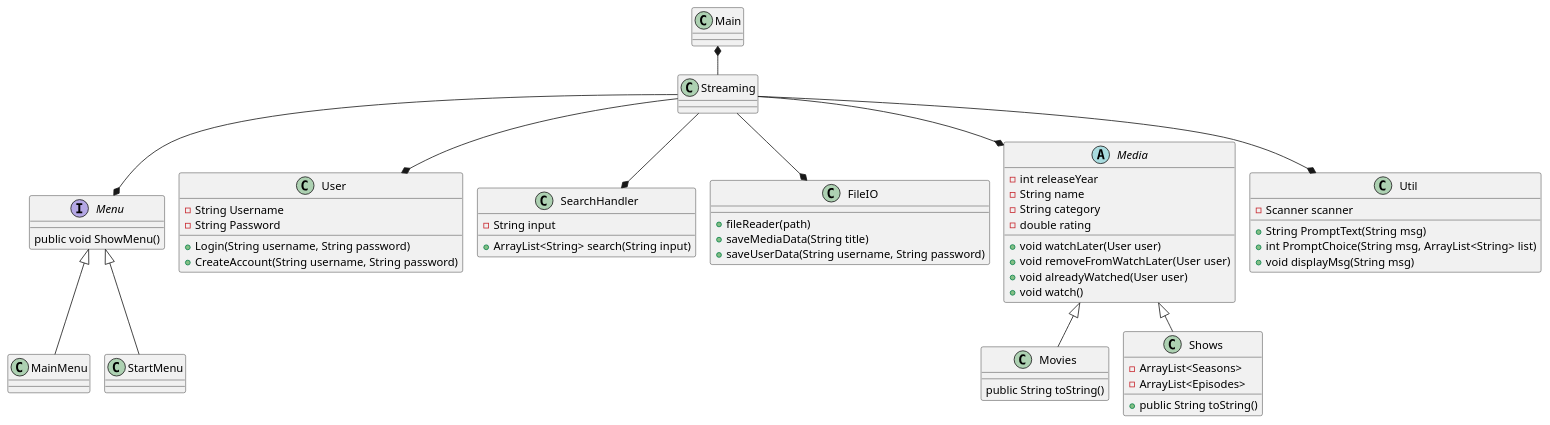
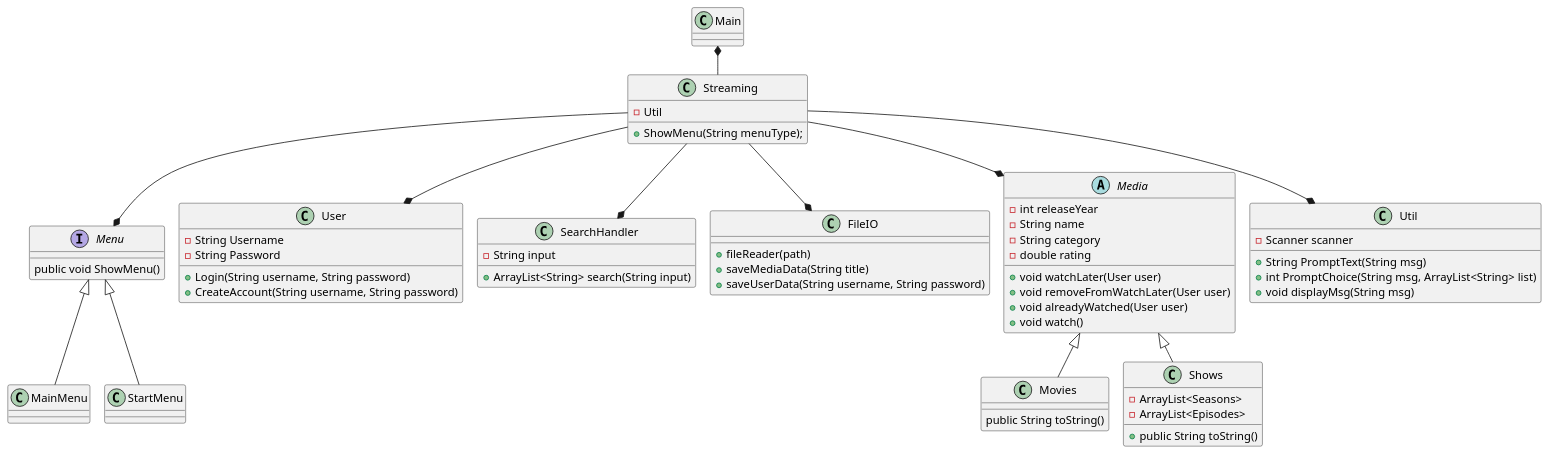
Before and after one commit to ValdemarLarsen02/SP3GruppeD: the diagram in Docs/ClassDiagram.puml, drawn with PlantUML.

```diff
--- a/Docs/ClassDiagram.puml
+++ b/Docs/ClassDiagram.puml
@@ -1,77 +1,78 @@
 @startuml
 !pragma layout smetana
 
 Class Main{
 }
 
 Interface Menu{
 public void ShowMenu()
 }
 
 
 
-Class Streaming{
+Class Streaming {
+    -Util
+    + ShowMenu(String menuType);
 }
-
 
 Class User{
 - String Username
 - String Password
 + Login(String username, String password)
 + CreateAccount(String username, String password)
 }
 
 Class SearchHandler {
 - String input
 + ArrayList<String> search(String input)
 }
 
 Class FileIO{
 + fileReader(path)
 + saveMediaData(String title)
 + saveUserData(String username, String password)
 }
 
 Abstract Media{
 - int releaseYear
 - String name
 - String category
 - double rating
 + void watchLater(User user)
 + void removeFromWatchLater(User user)
 + void alreadyWatched(User user)
 + void watch()
 }
 
 Class Util{
 - Scanner scanner
 + String PromptText(String msg)
 + int PromptChoice(String msg, ArrayList<String> list)
 + void displayMsg(String msg)
 }
 
 Class Movies{
 public String toString()
 }
 
 Class Shows{
 - ArrayList<Seasons>
 - ArrayList<Episodes>
 + public String toString()
 }
 
 Main *-- Streaming
 Streaming--* User
 Streaming --* FileIO
 Streaming --* Menu
 Menu <|-- MainMenu
 Menu <|-- StartMenu
 Streaming --* Media
 Media <|-- Movies
 Media <|-- Shows
 Streaming --* SearchHandler
 Streaming --* Util
 
 
 
 @enduml
```
